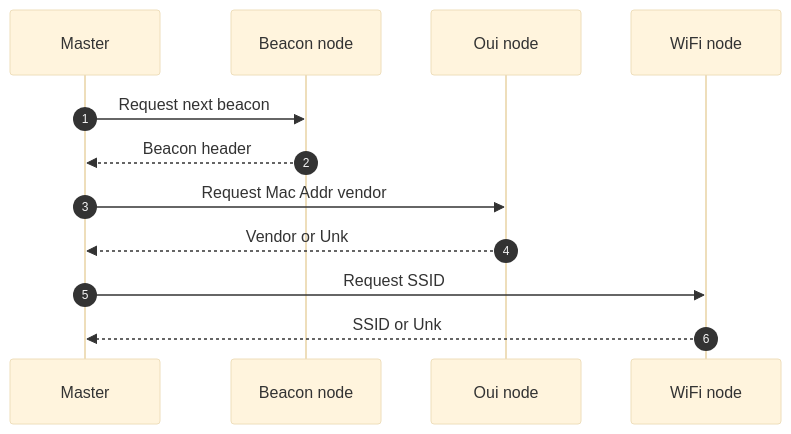
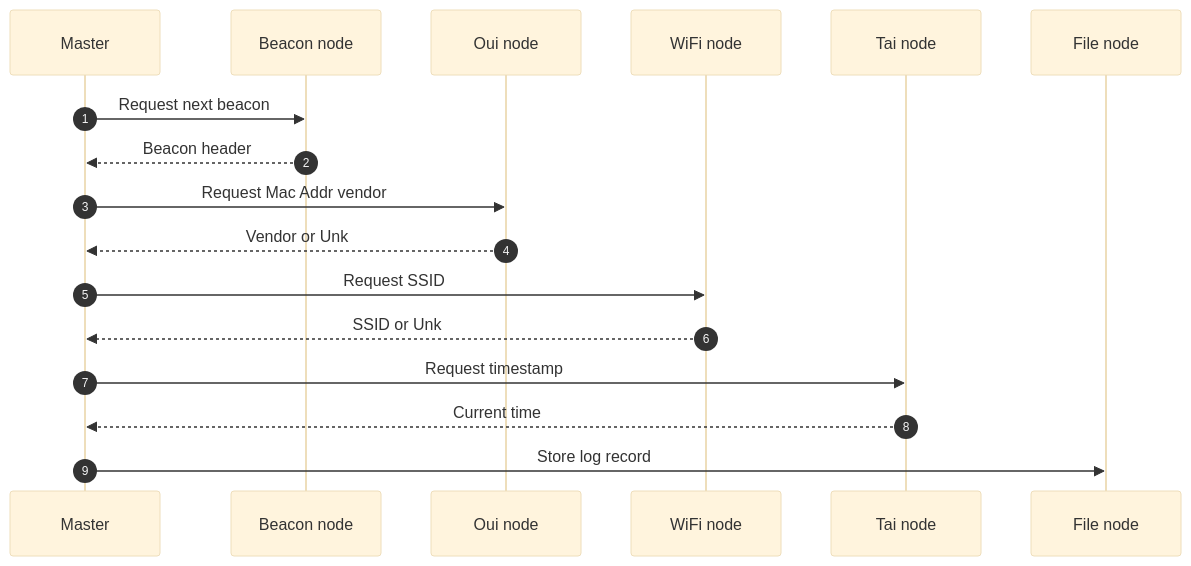
The second of 2 diagrams in Readme.MD (wicked-rainman/ESP32S3_I2C_Cluster_v2), drawn with Mermaid (base theme) before and after one commit. The commit also changed other lines of this file, not shown here.

````diff
--- a/Readme.MD
+++ b/Readme.MD
@@ -65,10 +67,16 @@
 ```mermaid
 sequenceDiagram
     autonumber
     Master->>Beacon node: Request next beacon
     Beacon node-->>Master: Beacon header
     Master->>Oui node: Request Mac Addr vendor
     Oui node-->> Master: Vendor or Unk
     Master->>WiFi node: Request SSID
     WiFi node-->>Master: SSID or Unk
+    Master->>Tai node: Request timestamp  
+    Tai node-->>Master: Current time
+    Master->>File node: Store log record
+
+    
+
 ```
````
